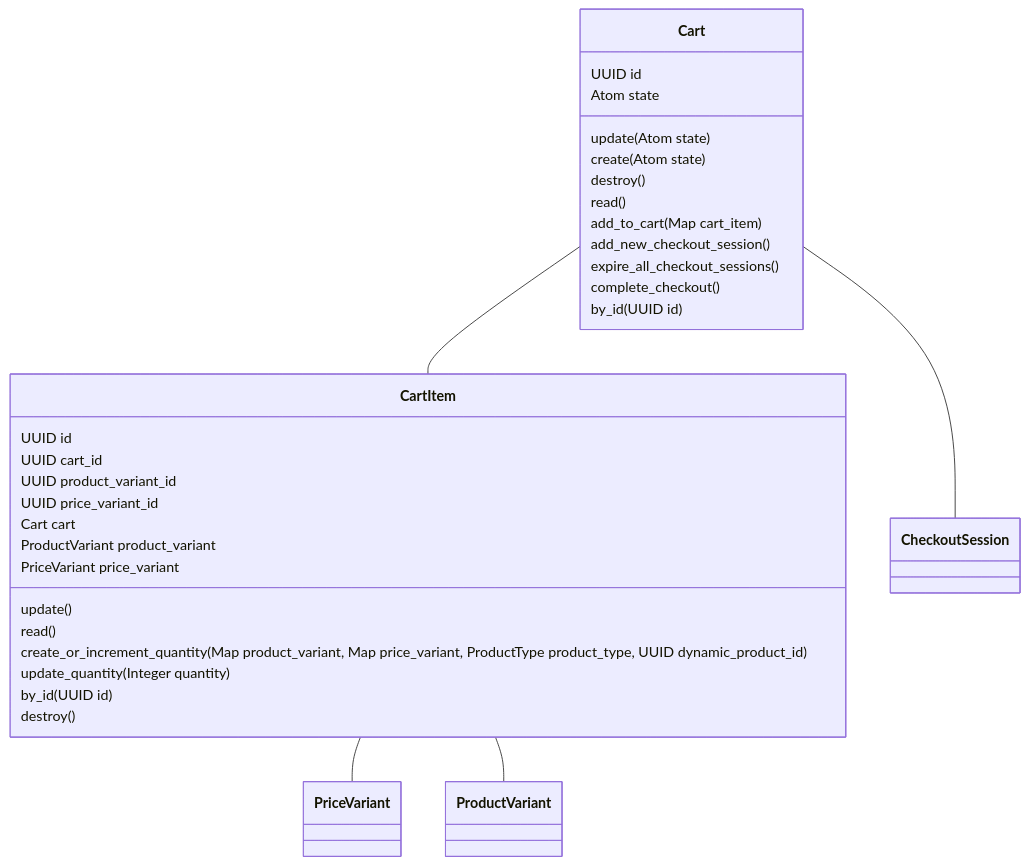
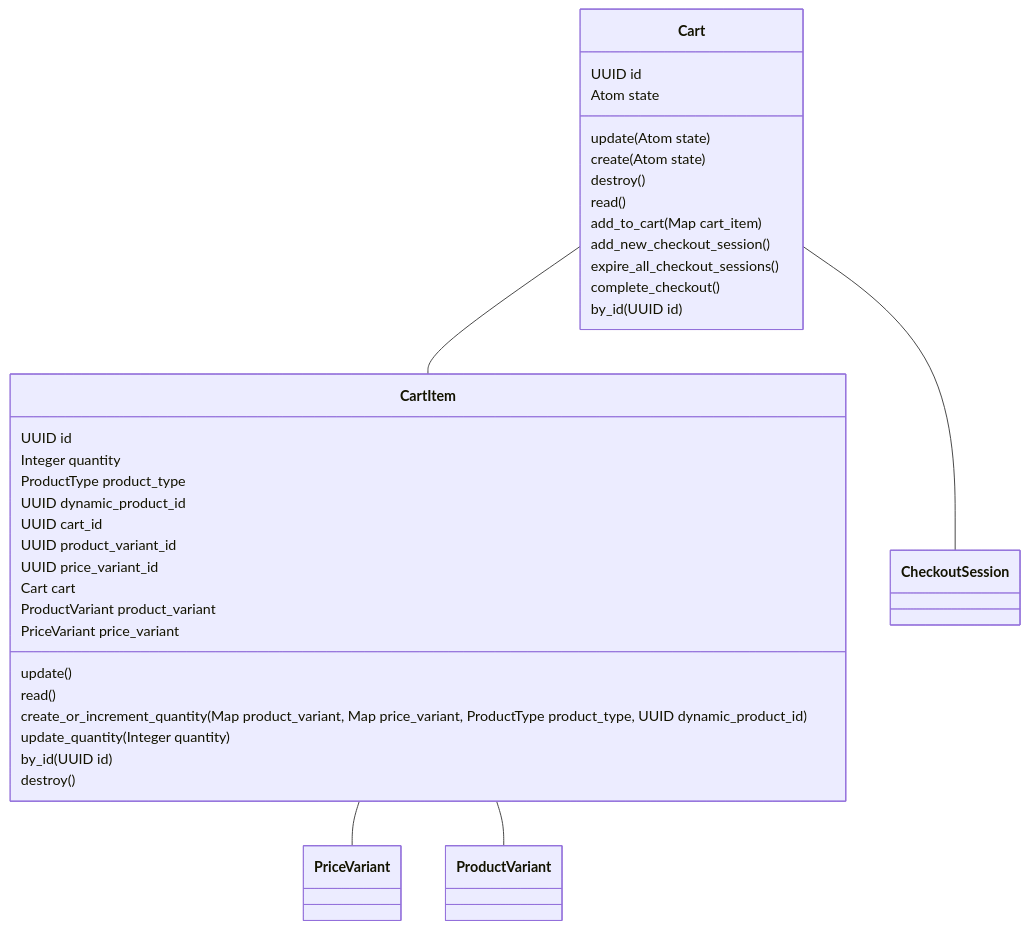
One commit to ibarakaiev/shopifex changed the second of 3 diagrams in README.md. Above: the diagram before and after it, drawn with Mermaid. The commit also changed other lines of this file and 1 other file, not shown here.

Commit message:
improvement: make CartItem attributes public

````diff
--- a/README.md
+++ b/README.md
@@ -180,36 +181,39 @@
 ```mermaid
 classDiagram
     class Cart {
         UUID id
         Atom state
         update(Atom state)
         create(Atom state)
         destroy()
         read()
         add_to_cart(Map cart_item)
         add_new_checkout_session()
         expire_all_checkout_sessions()
         complete_checkout()
         by_id(UUID id)
     }
     class CartItem {
         UUID id
+        Integer quantity
+        ProductType product_type
+        UUID dynamic_product_id
         UUID cart_id
         UUID product_variant_id
         UUID price_variant_id
         Cart cart
         ProductVariant product_variant
         PriceVariant price_variant
         update()
         read()
         create_or_increment_quantity(Map product_variant, Map price_variant, ProductType product_type, UUID dynamic_product_id)
         update_quantity(Integer quantity)
         by_id(UUID id)
         destroy()
     }
 
     Cart -- CartItem
     Cart -- CheckoutSession
     CartItem -- PriceVariant
     CartItem -- ProductVariant
 ```
````
